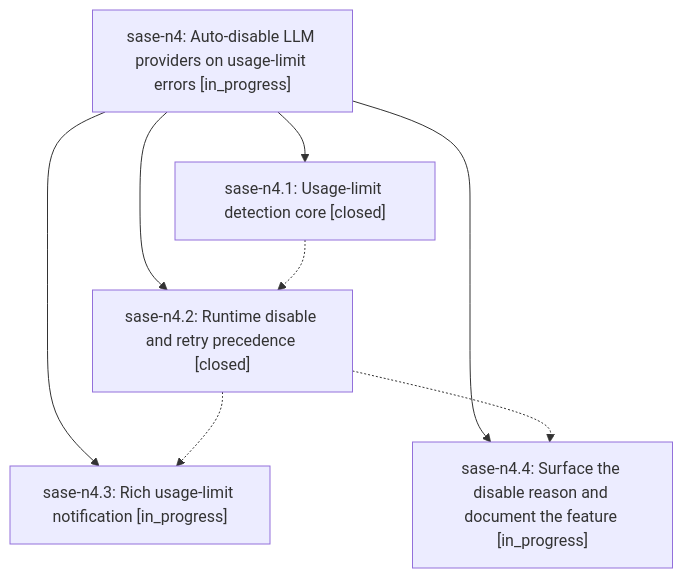
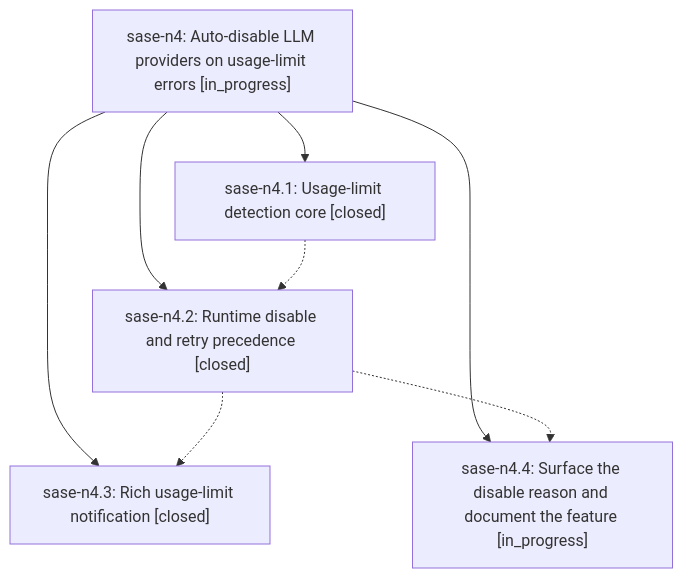
One commit to sase-org/sase--beads changed the diagram in pages/sase-n4/README.md. Above: the diagram before and after it, drawn with Mermaid. The commit also changed other lines of this file and 2 other files, not shown here.

First line of the commit message:
chore(beads): sync bead state and pages for sase-n4

````diff
--- a/pages/sase-n4/README.md
+++ b/pages/sase-n4/README.md
@@ -25,15 +25,15 @@
 ```mermaid
 flowchart TD
     n0["sase-n4: Auto-disable LLM providers on usage-limit errors [in_progress]"]
     n1["sase-n4.1: Usage-limit detection core [closed]"]
     n2["sase-n4.2: Runtime disable and retry precedence [closed]"]
-    n3["sase-n4.3: Rich usage-limit notification [in_progress]"]
+    n3["sase-n4.3: Rich usage-limit notification [closed]"]
     n4["sase-n4.4: Surface the disable reason and document the feature [in_progress]"]
     n0 --> n1
     n0 --> n2
     n0 --> n3
     n0 --> n4
     n1 -.-> n2
     n2 -.-> n3
     n2 -.-> n4
 ```
````
